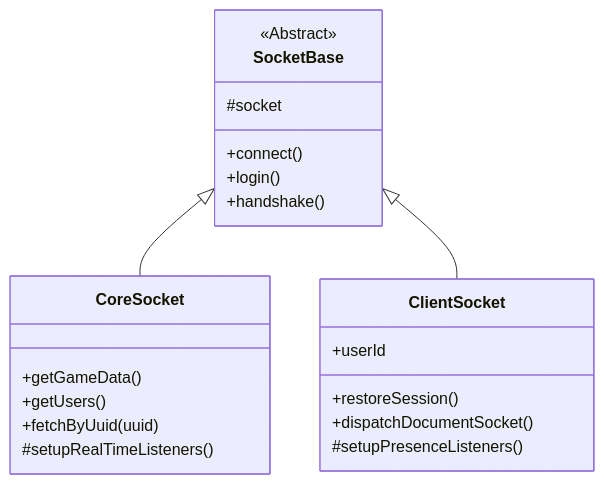
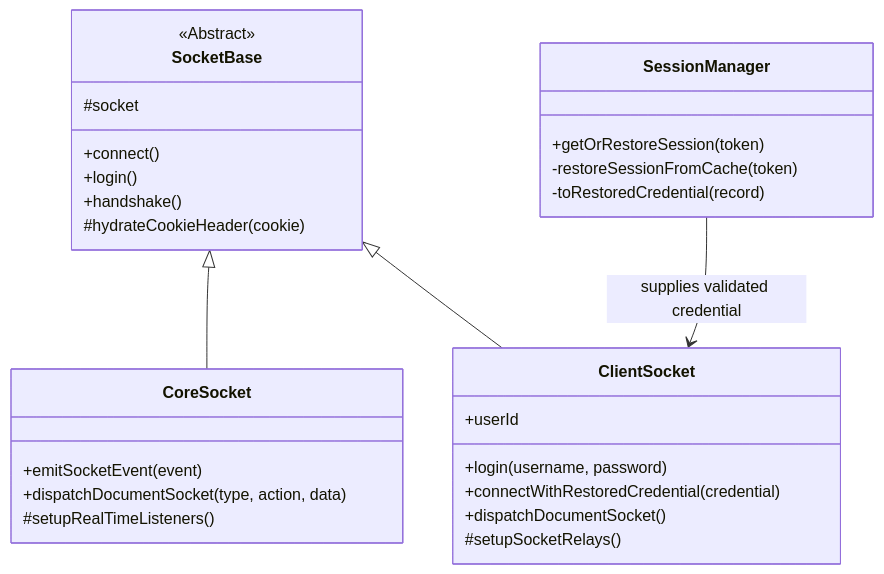
The diagram in docs/foundry-socket.md (juvinious/sheet-delver), drawn with Mermaid before and after one commit. The commit also changed other lines of this file and 720 other files, not shown here.

````diff
--- a/docs/foundry-socket.md
+++ b/docs/foundry-socket.md
@@ -9,24 +12,31 @@
 ```mermaid
 classDiagram
     class SocketBase {
         <<Abstract>>
         +connect()
         +login()
         +handshake()
+        #hydrateCookieHeader(cookie)
         #socket
     }
     class CoreSocket {
-        +getGameData()
-        +getUsers()
-        +fetchByUuid(uuid)
+        +emitSocketEvent(event)
+        +dispatchDocumentSocket(type, action, data)
         #setupRealTimeListeners()
     }
     class ClientSocket {
         +userId
-        +restoreSession()
+        +login(username, password)
+        +connectWithRestoredCredential(credential)
         +dispatchDocumentSocket()
-        #setupPresenceListeners()
+        #setupSocketRelays()
+    }
+    class SessionManager {
+        +getOrRestoreSession(token)
+        -restoreSessionFromCache(token)
+        -toRestoredCredential(record)
     }
     SocketBase <|-- CoreSocket
     SocketBase <|-- ClientSocket
+    SessionManager --> ClientSocket : supplies validated credential
 ```
````
